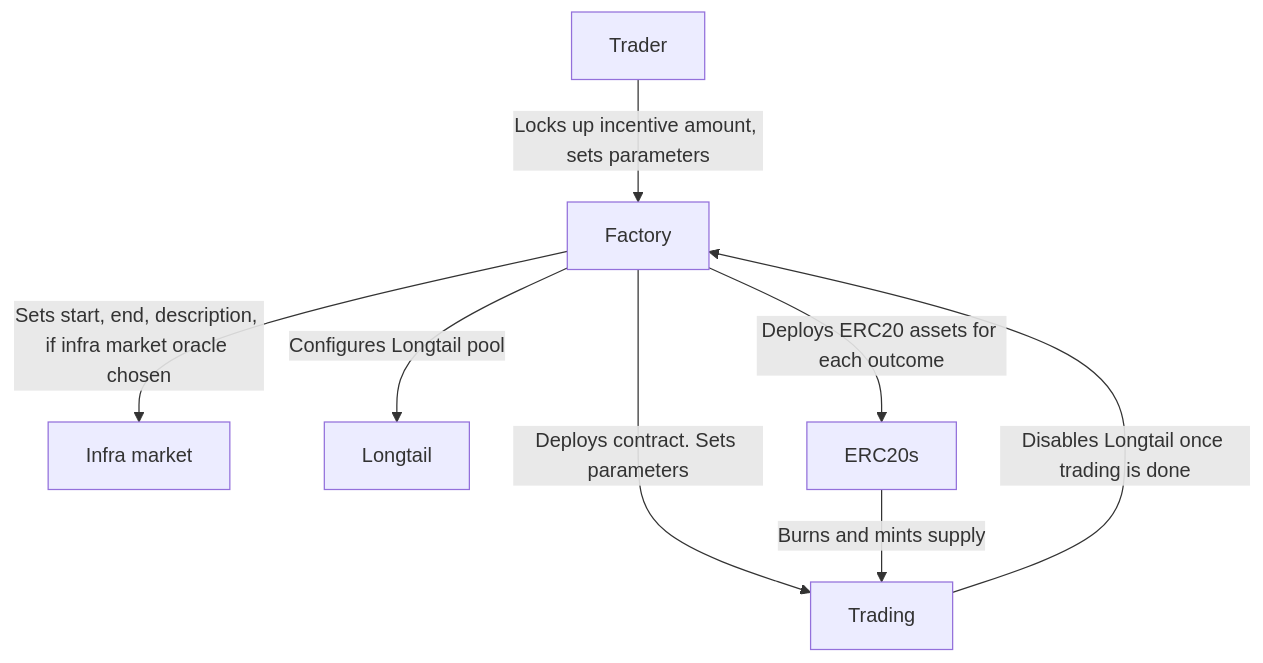
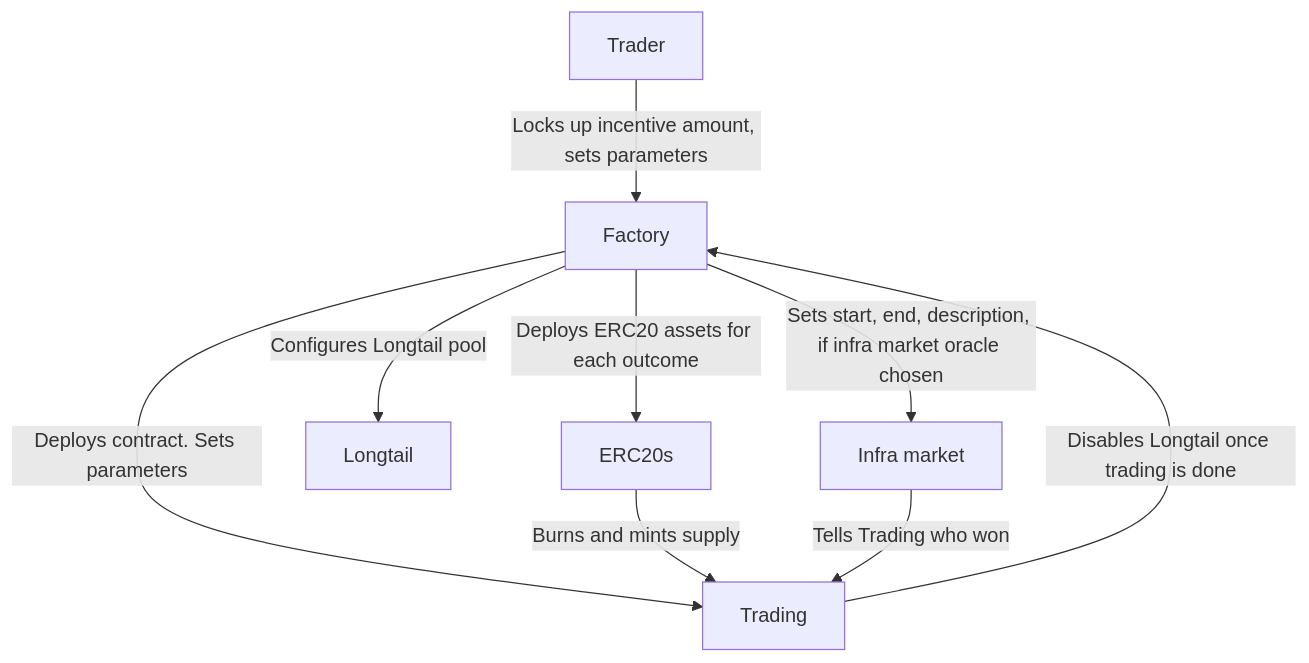
Before and after one commit to fluidity-money/9lives.so: the first of 2 diagrams in README.md, drawn with Mermaid.

Commit message:
Explain more about infra

````diff
--- a/README.md
+++ b/README.md
@@ -16,10 +16,11 @@
 ```mermaid
 flowchart TD
     Trader --> |Locks up incentive amount, sets parameters| Factory
     Factory --> |Sets start, end, description, if infra market oracle chosen| Infra[Infra market]
     Factory --> |Deploys contract. Sets parameters| Trading
     Factory --> |Configures Longtail pool| Longtail
     Factory --> |Deploys ERC20 assets for each outcome| ERC20s
     Trading --> |Disables Longtail once trading is done| Factory
     ERC20s --> |Burns and mints supply| Trading
+    Infra --> |Tells Trading who won| Trading
 ```
````
